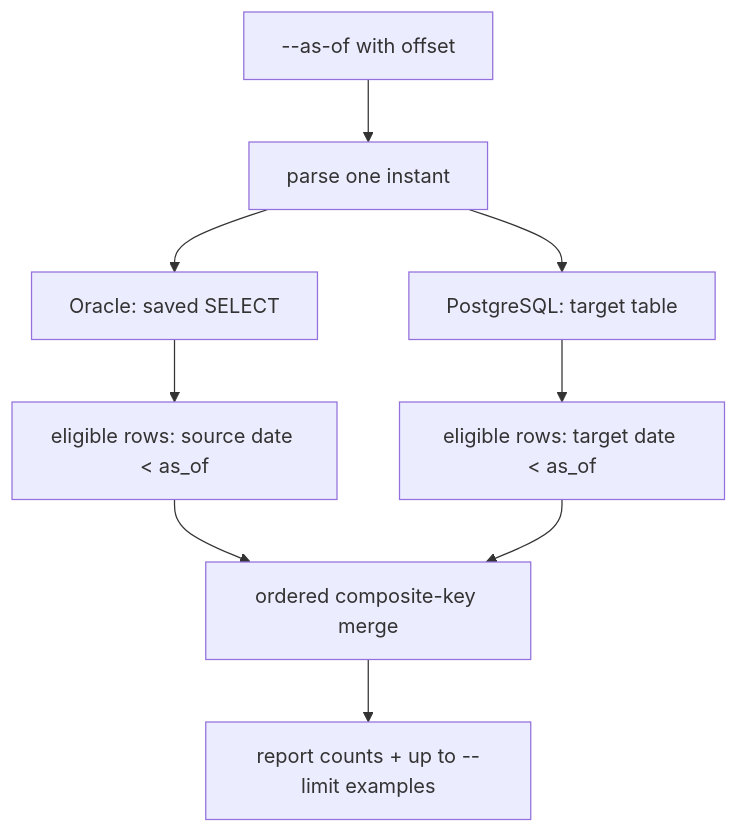
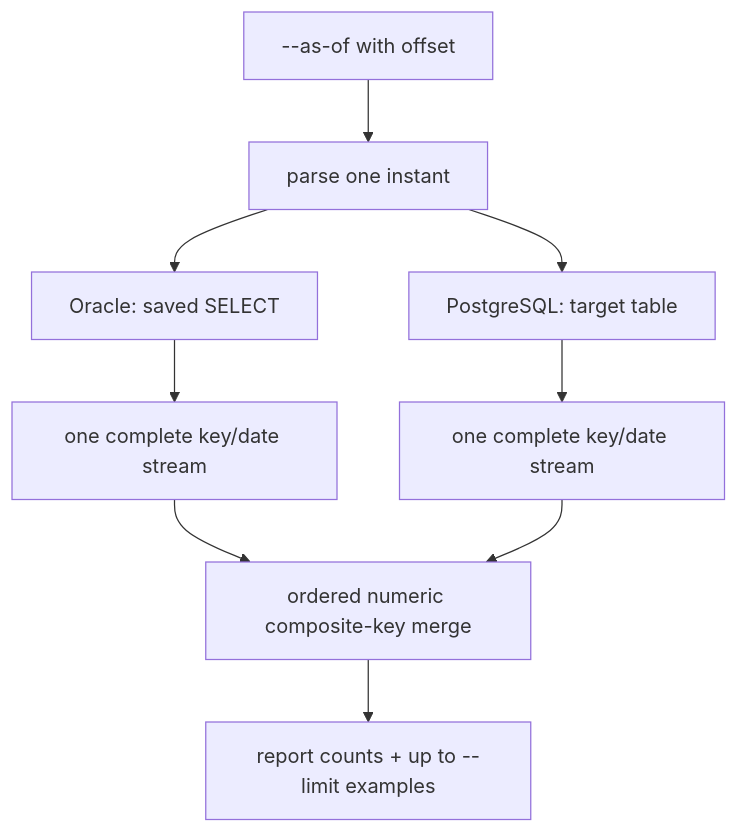
The fourth of 6 diagrams in KN_deltas_reason/Ideas_and_architecture.md (MatevzVidovic/on_the_fly), drawn with Mermaid before and after one commit. The commit also changed other lines of this file and 11 other files, not shown here.

````diff
--- a/KN_deltas_reason/Ideas_and_architecture.md
+++ b/KN_deltas_reason/Ideas_and_architecture.md
@@ -108,11 +113,11 @@
 ```mermaid
 flowchart TD
   A[--as-of with offset] --> B[parse one instant]
   B --> C[Oracle: saved SELECT]
   B --> D[PostgreSQL: target table]
-  C --> E[eligible rows: source date < as_of]
-  D --> F[eligible rows: target date < as_of]
-  E --> G[ordered composite-key merge]
+  C --> E[one complete key/date stream]
+  D --> F[one complete key/date stream]
+  E --> G[ordered numeric composite-key merge]
   F --> G
   G --> H[report counts + up to --limit examples]
 ```
````
